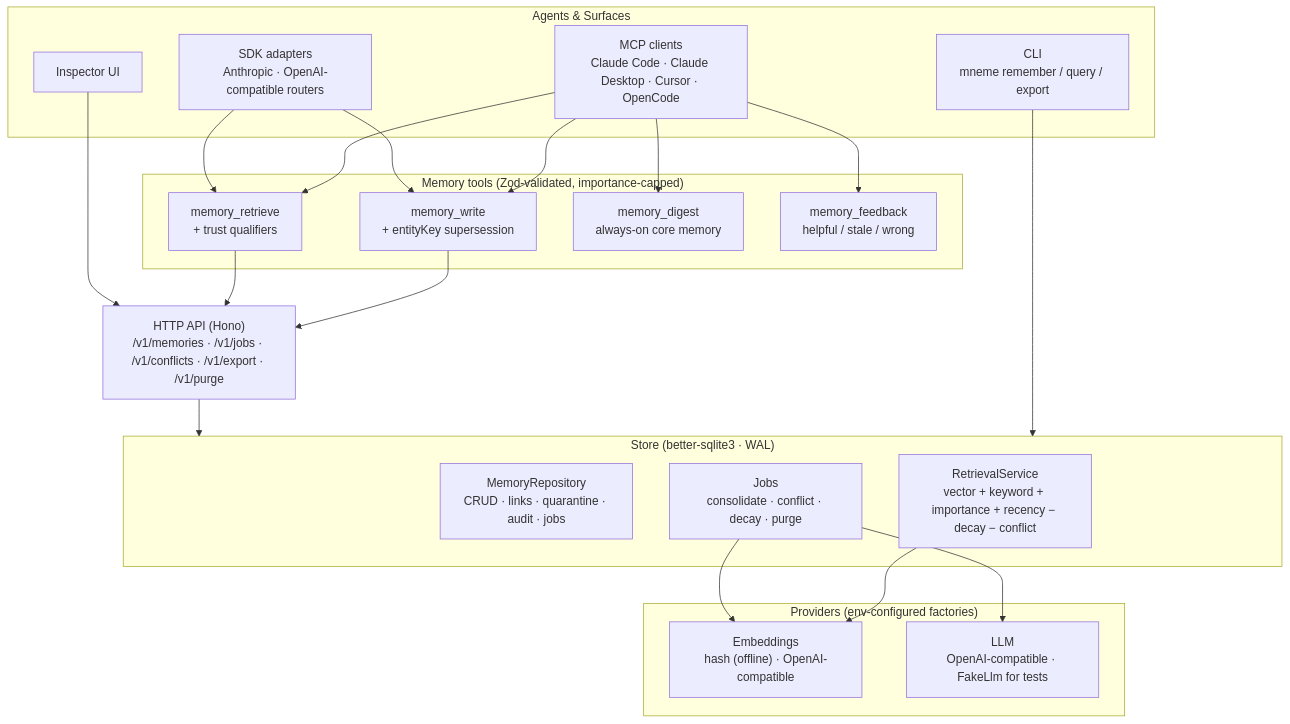
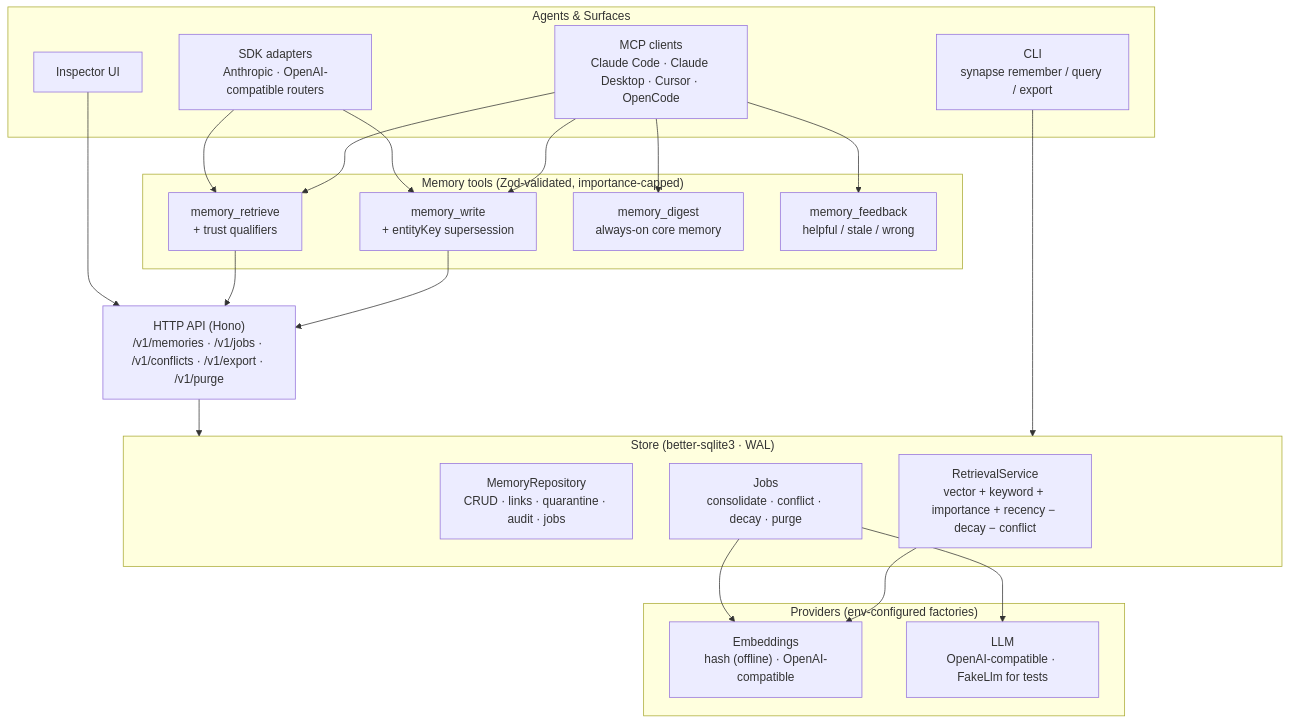
Before and after one commit to Danialsamadi/synapse: the diagram in README.md, drawn with Mermaid. The commit also changed other lines of this file and 45 other files, not shown here.

First line of the commit message:
refactor: rename project Mneme -> Synapse

````diff
--- a/README.md
+++ b/README.md
@@ -15,39 +15,39 @@
 ```mermaid
 flowchart TB
     subgraph Agents["Agents & Surfaces"]
         MCP["MCP clients<br/>Claude Code · Claude Desktop · Cursor · OpenCode"]
         SDK["SDK adapters<br/>Anthropic · OpenAI-compatible routers"]
-        CLI["CLI<br/>mneme remember / query / export"]
+        CLI["CLI<br/>synapse remember / query / export"]
         UI["Inspector UI"]
     end
 
     subgraph Tools["Memory tools (Zod-validated, importance-capped)"]
         W["memory_write<br/>+ entityKey supersession"]
         R["memory_retrieve<br/>+ trust qualifiers"]
         D["memory_digest<br/>always-on core memory"]
         F["memory_feedback<br/>helpful / stale / wrong"]
     end
 
     API["HTTP API (Hono)<br/>/v1/memories · /v1/jobs · /v1/conflicts · /v1/export · /v1/purge"]
 
     subgraph Store["Store (better-sqlite3 · WAL)"]
         REPO["MemoryRepository<br/>CRUD · links · quarantine · audit · jobs"]
         RET["RetrievalService<br/>vector + keyword + importance + recency − decay − conflict"]
         JOBS["Jobs<br/>consolidate · conflict · decay · purge"]
     end
 
     subgraph Providers["Providers (env-configured factories)"]
         EMB["Embeddings<br/>hash (offline) · OpenAI-compatible"]
         LLM["LLM<br/>OpenAI-compatible · FakeLlm for tests"]
     end
 
     MCP --> W & R & D & F
     SDK --> W & R
     W & R --> API
     CLI --> Store
     UI --> API
     API --> Store
     RET --> EMB
     JOBS --> LLM
     JOBS --> EMB
 ```
````
